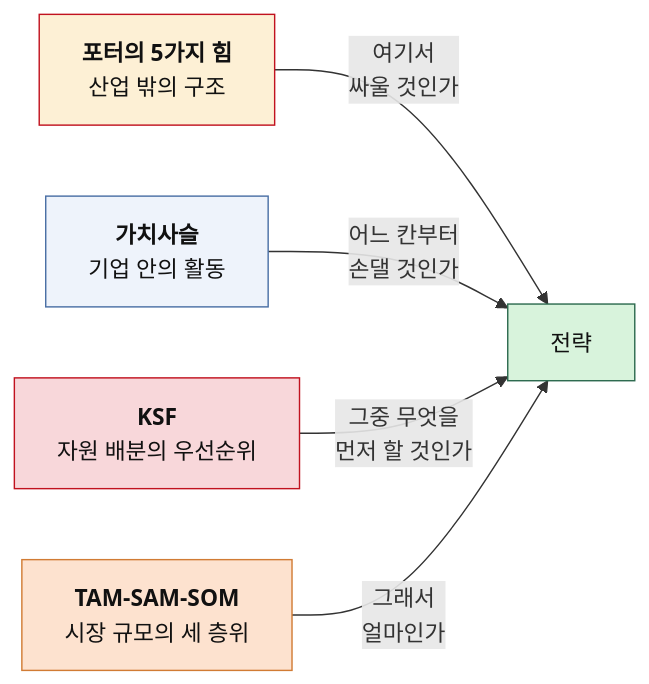
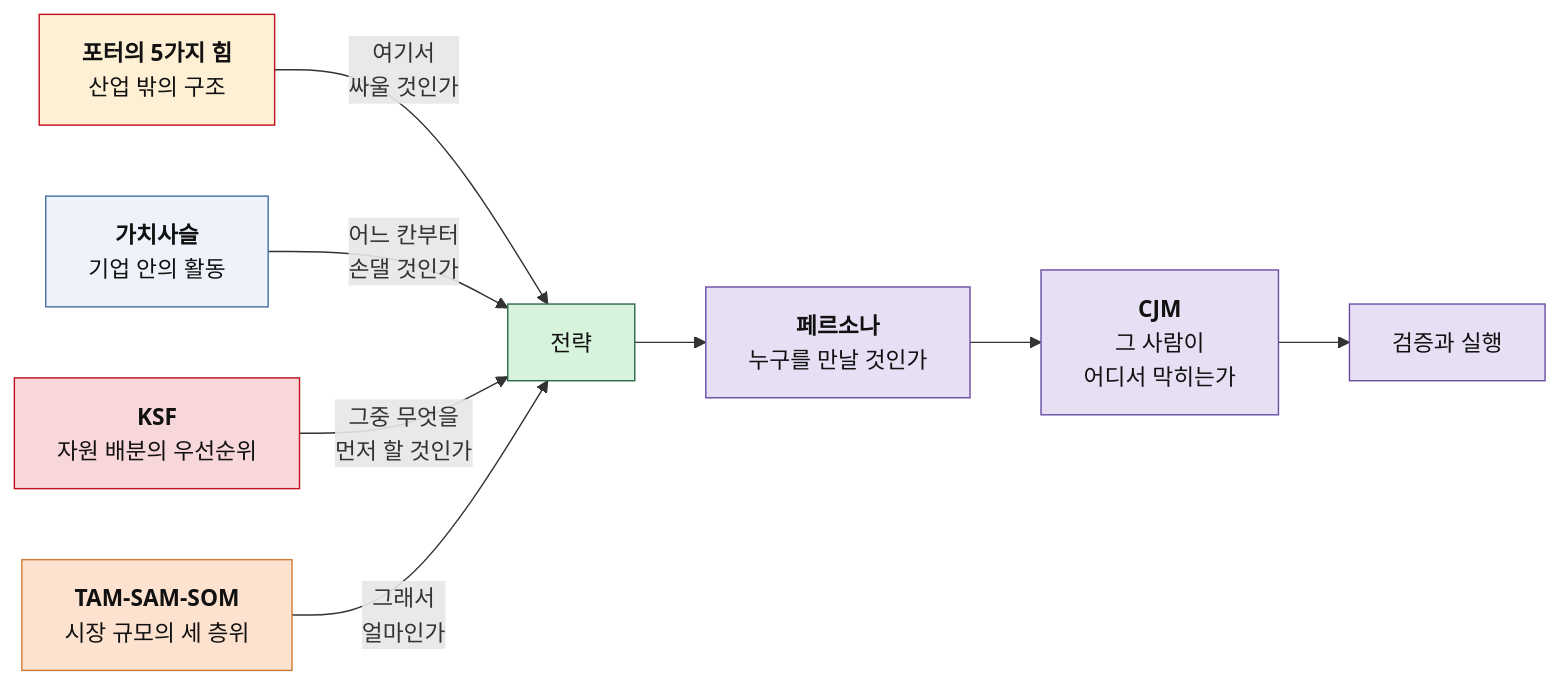
Before and after one commit to ccw00325-spec/business-research-github-practice-2026: the diagram in README.md, drawn with Mermaid. The commit also changed other lines of this file and 3 other files, not shown here.

````diff
--- a/README.md
+++ b/README.md
@@ -71,18 +83,24 @@
 ```mermaid
 flowchart LR
     A["<b>포터의 5가지 힘</b><br/>산업 밖의 구조"] -->|"여기서<br/>싸울 것인가"| D["전략"]
     B["<b>가치사슬</b><br/>기업 안의 활동"] -->|"어느 칸부터<br/>손댈 것인가"| D
     C["<b>KSF</b><br/>자원 배분의 우선순위"] -->|"그중 무엇을<br/>먼저 할 것인가"| D
     E["<b>TAM-SAM-SOM</b><br/>시장 규모의 세 층위"] -->|"그래서<br/>얼마인가"| D
 
+    D --> F["<b>페르소나</b><br/>누구를 만날 것인가"]
+    F --> G["<b>CJM</b><br/>그 사람이<br/>어디서 막히는가"]
+    G --> H["검증과 실행"]
+
     classDef out fill:#fdf0d5,stroke:#c1121f,color:#111
     classDef inn fill:#eef3fb,stroke:#4a6fa5,color:#111
     classDef ksf fill:#f8d7da,stroke:#c1121f,color:#111
     classDef siz fill:#fde2cf,stroke:#d17b34,color:#111
     classDef dec fill:#d8f3dc,stroke:#2d6a4f,color:#111
+    classDef who fill:#e7e0f5,stroke:#6b4fa5,color:#111
     class A out
     class B inn
     class C ksf
     class E siz
     class D dec
+    class F,G,H who
 ```
````
